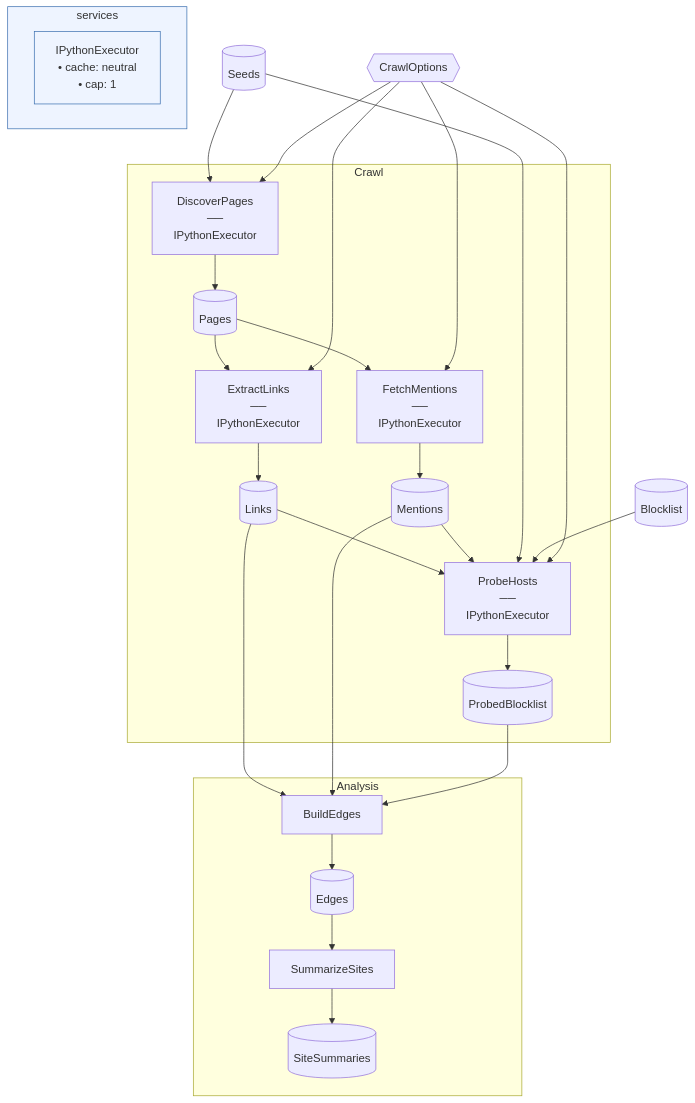
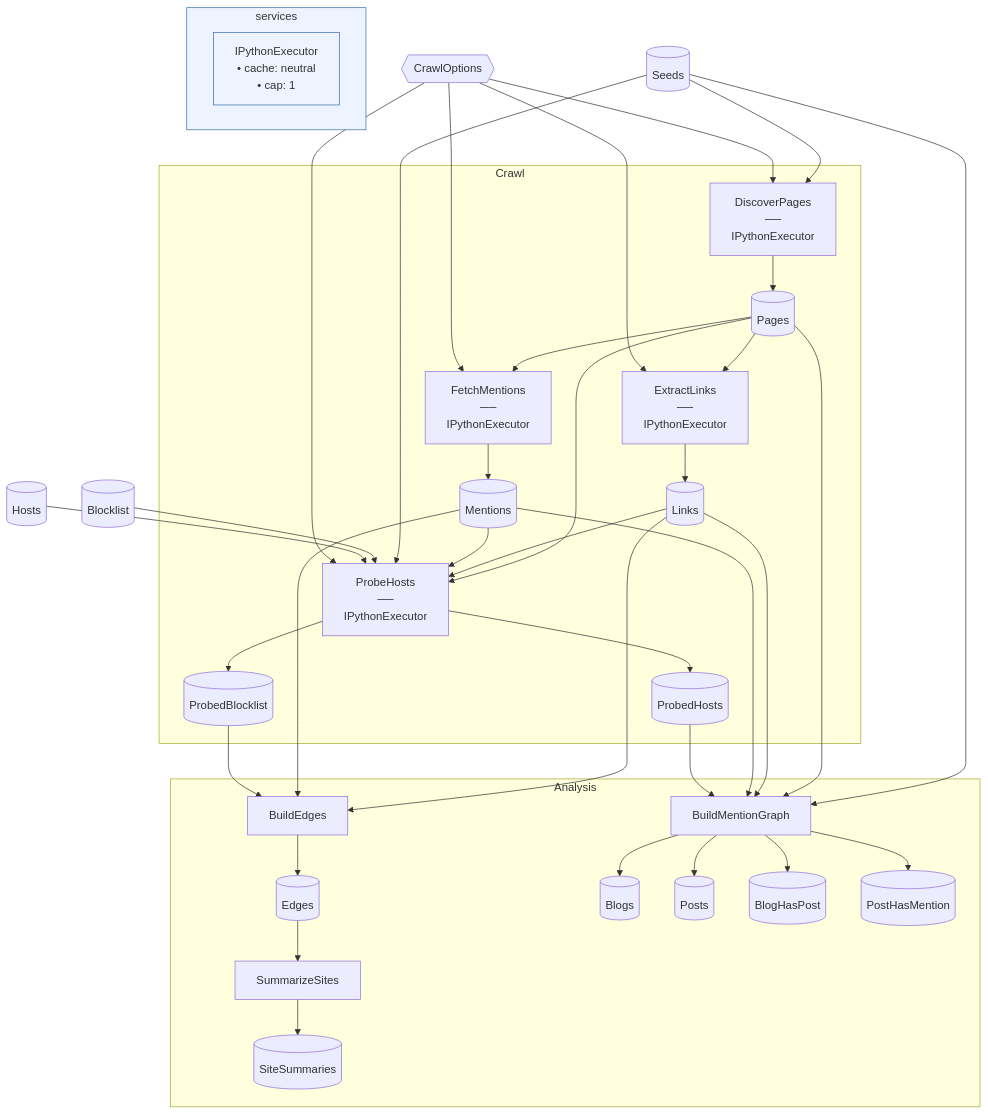
One commit to chaoticgoodcomputing/blog changed the diagram in packages/indieweb-graph/README.md. Above: the diagram before and after it, drawn with Mermaid. The commit also changed other lines of this file and 5 other files, not shown here.

````diff
--- a/packages/indieweb-graph/README.md
+++ b/packages/indieweb-graph/README.md
@@ -68,58 +68,77 @@
 ```mermaid
 flowchart TB
 
     %% External Data Inputs
     Blocklist[("Blocklist")]
     CrawlOptions{{"CrawlOptions"}}
+    Hosts[("Hosts")]
     Seeds[("Seeds")]
 
     subgraph Analysis["Analysis"]
         BuildEdges["BuildEdges"]
         Edges[("Edges")]
+        BuildMentionGraph["BuildMentionGraph"]
+        Blogs[("Blogs")]
+        Posts[("Posts")]
+        BlogHasPost[("BlogHasPost")]
+        PostHasMention[("PostHasMention")]
         SummarizeSites["SummarizeSites"]
         SiteSummaries[("SiteSummaries")]
     end
 
     subgraph Crawl["Crawl"]
         DiscoverPages["DiscoverPages<br>──<br>IPythonExecutor"]
         Pages[("Pages")]
         ExtractLinks["ExtractLinks<br>──<br>IPythonExecutor"]
         Links[("Links")]
         FetchMentions["FetchMentions<br>──<br>IPythonExecutor"]
         Mentions[("Mentions")]
         ProbeHosts["ProbeHosts<br>──<br>IPythonExecutor"]
         ProbedBlocklist[("ProbedBlocklist")]
+        ProbedHosts[("ProbedHosts")]
     end
 
     %% Service legend
     subgraph service_legend["services"]
         svc_Flowthru_Step_Python_IPythonExecutor["IPythonExecutor<br>• cache: neutral<br>• cap: 1"]
     end
     style service_legend fill:#EEF4FF,stroke:#3B6FB0
     classDef serviceNode fill:#EEF4FF,stroke:#3B6FB0
     class svc_Flowthru_Step_Python_IPythonExecutor serviceNode
 
     %% Edges
     Seeds --> DiscoverPages
     CrawlOptions --> DiscoverPages
     DiscoverPages --> Pages
     Pages --> ExtractLinks
     CrawlOptions --> ExtractLinks
     ExtractLinks --> Links
     Pages --> FetchMentions
     CrawlOptions --> FetchMentions
     FetchMentions --> Mentions
+    Pages --> ProbeHosts
     Links --> ProbeHosts
     Mentions --> ProbeHosts
     Seeds --> ProbeHosts
     Blocklist --> ProbeHosts
+    Hosts --> ProbeHosts
     CrawlOptions --> ProbeHosts
     ProbeHosts --> ProbedBlocklist
+    ProbeHosts --> ProbedHosts
     Links --> BuildEdges
     Mentions --> BuildEdges
     ProbedBlocklist --> BuildEdges
     BuildEdges --> Edges
+    Seeds --> BuildMentionGraph
+    Pages --> BuildMentionGraph
+    Links --> BuildMentionGraph
+    Mentions --> BuildMentionGraph
+    ProbedHosts --> BuildMentionGraph
+    BuildMentionGraph --> Blogs
+    BuildMentionGraph --> Posts
+    BuildMentionGraph --> BlogHasPost
+    BuildMentionGraph --> PostHasMention
     Edges --> SummarizeSites
     SummarizeSites --> SiteSummaries
 
 ```
````
